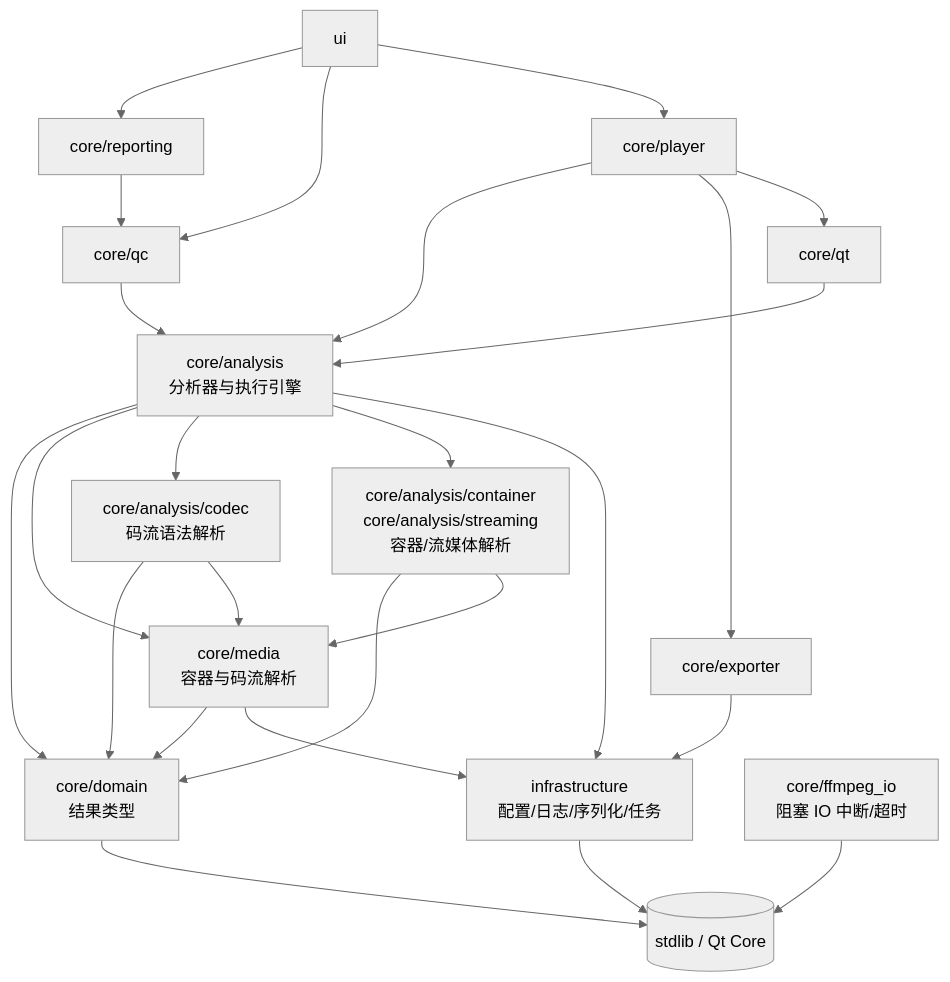
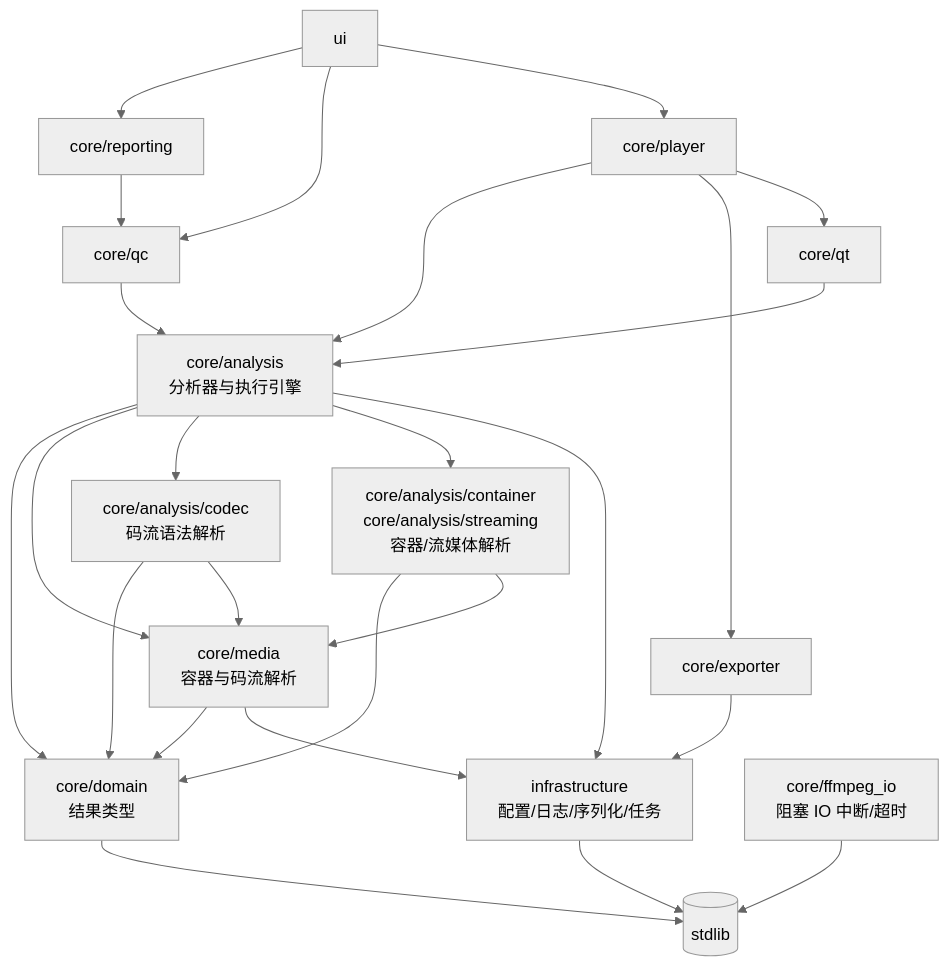
The diagram in docs/ARCHITECTURE.md (HZer0K/VideoEye), drawn with Mermaid (neutral theme) before and after one commit. The commit also changed other lines of this file and 65 other files, not shown here.

````diff
--- a/docs/ARCHITECTURE.md
+++ b/docs/ARCHITECTURE.md
@@ -48,27 +48,27 @@
 ```mermaid
 graph TD
-    DOMAIN[core/domain<br/>结果类型] --> STD[(stdlib / Qt Core)]
+    DOMAIN[core/domain<br/>结果类型] --> STD[(stdlib)]
     INFRA[infrastructure<br/>配置/日志/序列化/任务] --> STD
     FFIO[core/ffmpeg_io<br/>阻塞 IO 中断/超时] --> STD
     MEDIA[core/media<br/>容器与码流解析] --> DOMAIN
     MEDIA --> INFRA
     CODEC[core/analysis/codec<br/>码流语法解析] --> DOMAIN
     CODEC --> MEDIA
     PACKAGE[core/analysis/container<br/>core/analysis/streaming<br/>容器/流媒体解析] --> DOMAIN
     PACKAGE --> MEDIA
     ANALYSIS[core/analysis<br/>分析器与执行引擎] --> DOMAIN
     ANALYSIS --> MEDIA
     ANALYSIS --> CODEC
     ANALYSIS --> PACKAGE
     ANALYSIS --> INFRA
     EXPORTER[core/exporter] --> INFRA
     PLAYBACK[core/player] --> ANALYSIS
     PLAYBACK --> EXPORTER
     PLAYBACK --> QTADAPTER
     QC[core/qc] --> ANALYSIS
     REPORTING[core/reporting] --> QC
     QTADAPTER[core/qt] --> ANALYSIS
     UI[ui] --> REPORTING
     UI --> QC
     UI --> PLAYBACK
 ```
````
